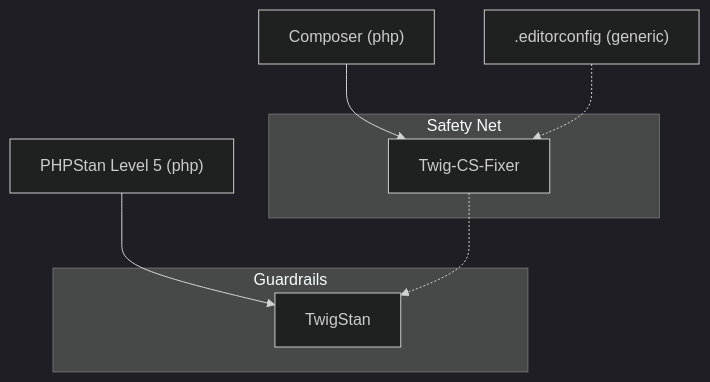
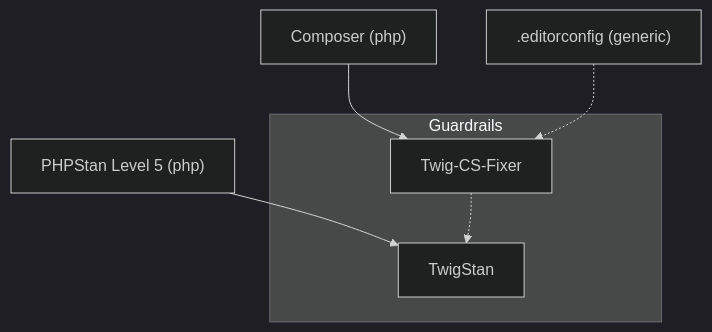
The diagram in docs/tooling/packs/twig-php.md (Art4/continuous-refactoring), drawn with Mermaid (dark theme) before and after one commit. The commit also changed other lines of this file and 4 other files, not shown here.

First line of the commit message:
Move Twig-CS-Fixer from Safety Net to Guardrails

````diff
--- a/docs/tooling/packs/twig-php.md
+++ b/docs/tooling/packs/twig-php.md
@@ -9,16 +9,14 @@
 ```mermaid
 flowchart TD
-  subgraph t_safety_net["Safety Net"]
+  subgraph t_guardrails["Guardrails"]
     s_twig_cs_fixer["Twig-CS-Fixer"]
-  end
-  subgraph t_guardrails["Guardrails"]
     s_twigstan["TwigStan"]
   end
   x_composer["Composer (php)"]
   x_editorconfig[".editorconfig (generic)"]
   x_phpstan_level_5["PHPStan Level 5 (php)"]
   x_composer --> s_twig_cs_fixer
   x_editorconfig -.-> s_twig_cs_fixer
   x_phpstan_level_5 --> s_twigstan
   s_twig_cs_fixer -.-> s_twigstan
 ```
````
